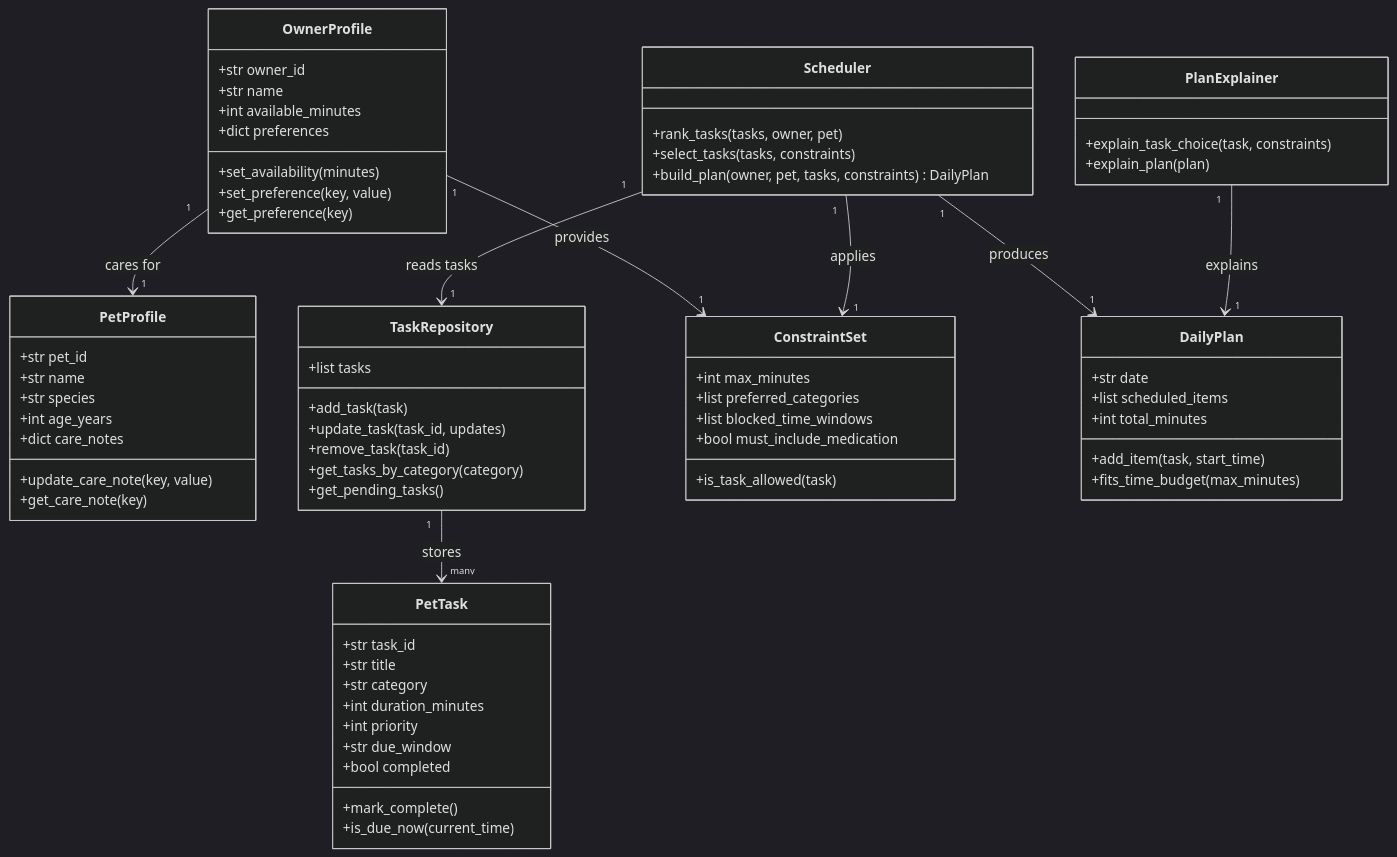
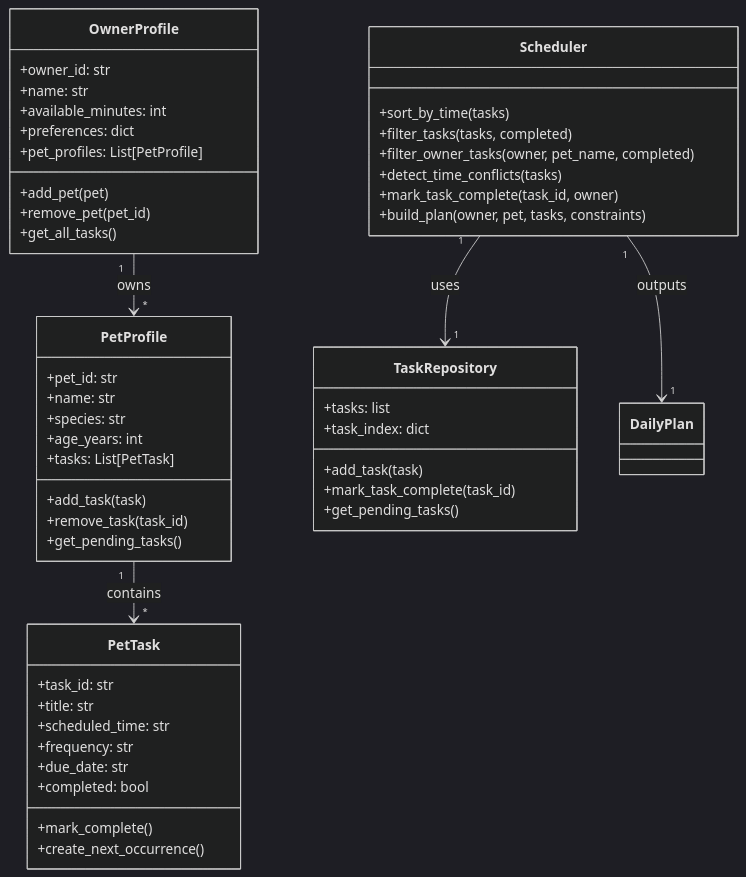
The diagram in reflection.md (Randit-07/ai110-module2show-pawpal-starter), drawn with Mermaid (dark theme) before and after one commit. The commit also changed other lines of this file and 4 other files, not shown here.

````diff
--- a/reflection.md
+++ b/reflection.md
@@ -13,78 +13,57 @@
 ```mermaid
 classDiagram
   class OwnerProfile {
-    +str owner_id
-    +str name
-    +int available_minutes
-    +dict preferences
-    +set_availability(minutes)
-    +set_preference(key, value)
-    +get_preference(key)
+    +owner_id: str
+    +name: str
+    +available_minutes: int
+    +preferences: dict
+    +pet_profiles: List[PetProfile]
+    +add_pet(pet)
+    +remove_pet(pet_id)
+    +get_all_tasks()
   }
 
   class PetProfile {
-    +str pet_id
-    +str name
-    +str species
-    +int age_years
-    +dict care_notes
-    +update_care_note(key, value)
-    +get_care_note(key)
+    +pet_id: str
+    +name: str
+    +species: str
+    +age_years: int
+    +tasks: List[PetTask]
+    +add_task(task)
+    +remove_task(task_id)
+    +get_pending_tasks()
   }
 
   class PetTask {
-    +str task_id
-    +str title
-    +str category
-    +int duration_minutes
-    +int priority
-    +str due_window
-    +bool completed
+    +task_id: str
+    +title: str
+    +scheduled_time: str
+    +frequency: str
+    +due_date: str
+    +completed: bool
     +mark_complete()
-    +is_due_now(current_time)
+    +create_next_occurrence()
   }
 
   class TaskRepository {
-    +list tasks
+    +tasks: list
+    +task_index: dict
     +add_task(task)
-    +update_task(task_id, updates)
-    +remove_task(task_id)
-    +get_tasks_by_category(category)
+    +mark_task_complete(task_id)
     +get_pending_tasks()
   }
 
-  class ConstraintSet {
-    +int max_minutes
-    +list preferred_categories
-    +list blocked_time_windows
-    +bool must_include_medication
-    +is_task_allowed(task)
+  class Scheduler {
+    +sort_by_time(tasks)
+    +filter_tasks(tasks, completed)
+    +filter_owner_tasks(owner, pet_name, completed)
+    +detect_time_conflicts(tasks)
+    +mark_task_complete(task_id, owner)
+    +build_plan(owner, pet, tasks, constraints)
   }
 
-  class DailyPlan {
-    +str date
-    +list scheduled_items
-    +int total_minutes
-    +add_item(task, start_time)
-    +fits_time_budget(max_minutes)
-  }
-
-  class Scheduler {
-    +rank_tasks(tasks, owner, pet)
-    +select_tasks(tasks, constraints)
-    +build_plan(owner, pet, tasks, constraints) DailyPlan
-  }
-
-  class PlanExplainer {
-    +explain_task_choice(task, constraints)
-    +explain_plan(plan)
-  }
-
-  OwnerProfile "1" --> "1" PetProfile : cares for
-  OwnerProfile "1" --> "1" ConstraintSet : provides
-  TaskRepository "1" --> "many" PetTask : stores
-  Scheduler "1" --> "1" TaskRepository : reads tasks
-  Scheduler "1" --> "1" ConstraintSet : applies
-  Scheduler "1" --> "1" DailyPlan : produces
-  PlanExplainer "1" --> "1" DailyPlan : explains
+  OwnerProfile "1" --> "*" PetProfile : owns
+  PetProfile "1" --> "*" PetTask : contains
+  Scheduler "1" --> "1" TaskRepository : uses
+  Scheduler "1" --> "1" DailyPlan : outputs
 ```
````
